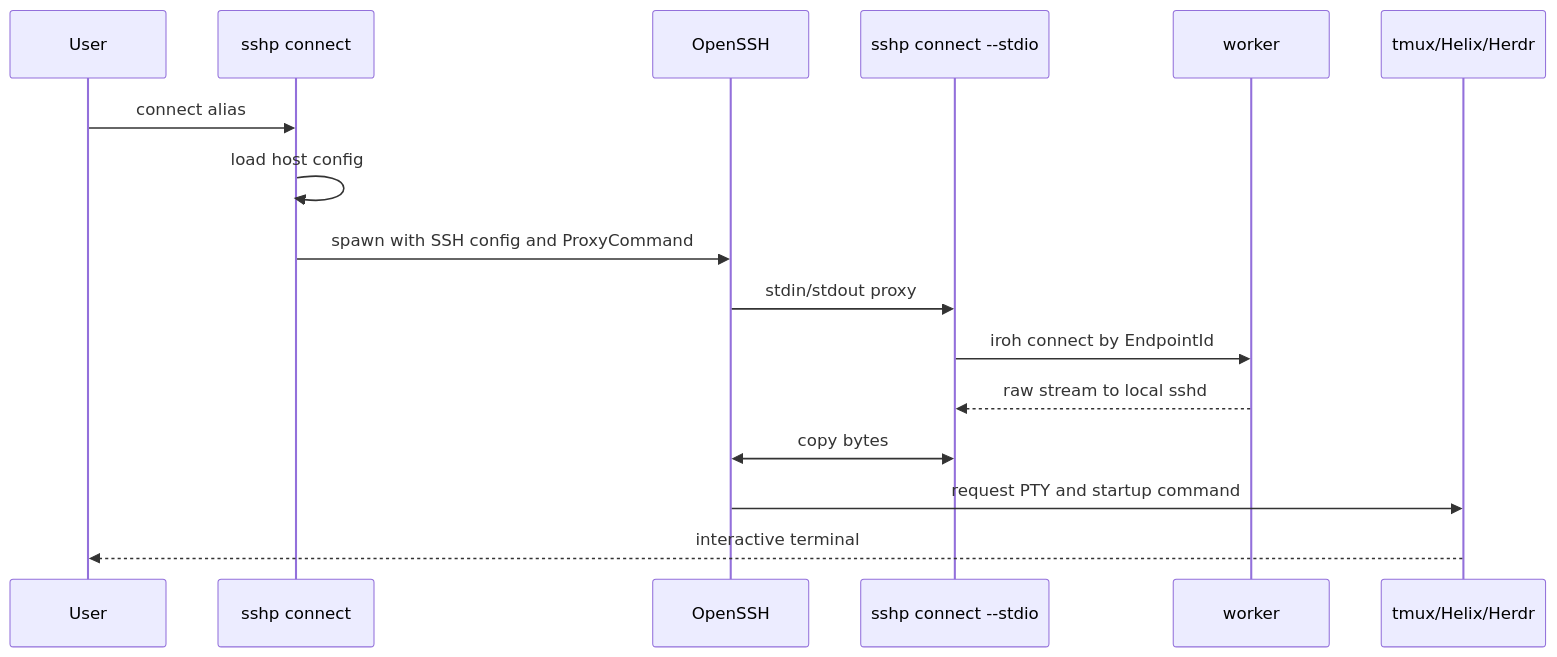
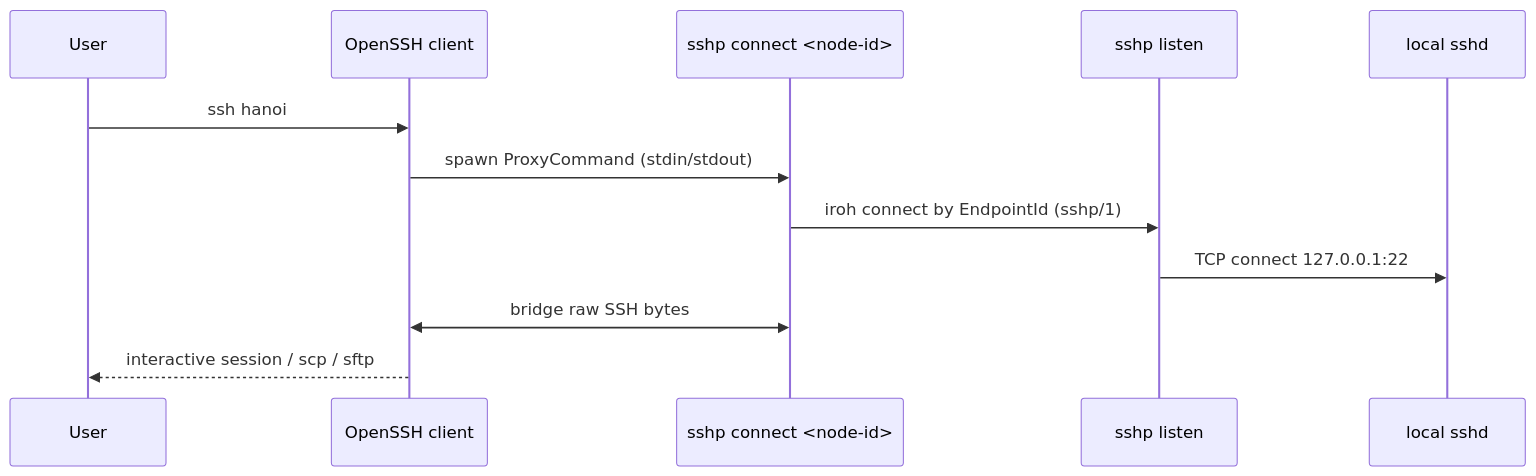
One commit to giangndm/p2p-ssh-workspaces changed the second of 2 diagrams in docs/flows.md. Above: the diagram before and after it, drawn with Mermaid. The commit also changed other lines of this file and 34 other files, not shown here.

Commit message:
refactor: simplify sshp into a flat iroh ProxyCommand pipe

````diff
--- a/docs/flows.md
+++ b/docs/flows.md
@@ -31,19 +31,15 @@
 ```mermaid
 sequenceDiagram
     participant U as User
-    participant C as sshp connect
-    participant SSH as OpenSSH
-    participant P as sshp connect --stdio
-    participant W as worker
-    participant T as tmux/Helix/Herdr
+    participant SSH as OpenSSH client
+    participant P as sshp connect <node-id>
+    participant W as sshp listen
+    participant S as local sshd
 
-    U->>C: connect alias
-    C->>C: load host config
-    C->>SSH: spawn with SSH config and ProxyCommand
-    SSH->>P: stdin/stdout proxy
-    P->>W: iroh connect by EndpointId
-    W-->>P: raw stream to local sshd
-    P<<->>SSH: copy bytes
-    SSH->>T: request PTY and startup command
-    T-->>U: interactive terminal
+    U->>SSH: ssh hanoi
+    SSH->>P: spawn ProxyCommand (stdin/stdout)
+    P->>W: iroh connect by EndpointId (sshp/1)
+    W->>S: TCP connect 127.0.0.1:22
+    P<<->>SSH: bridge raw SSH bytes
+    SSH-->>U: interactive session / scp / sftp
 ```
````
